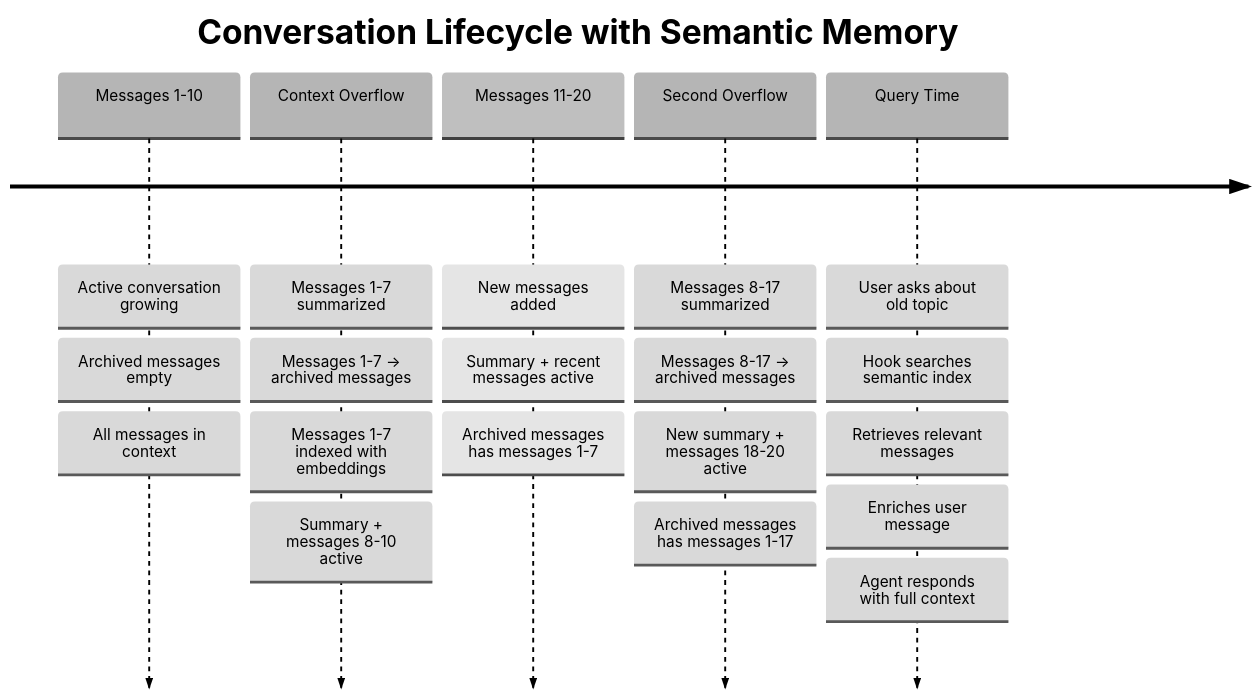
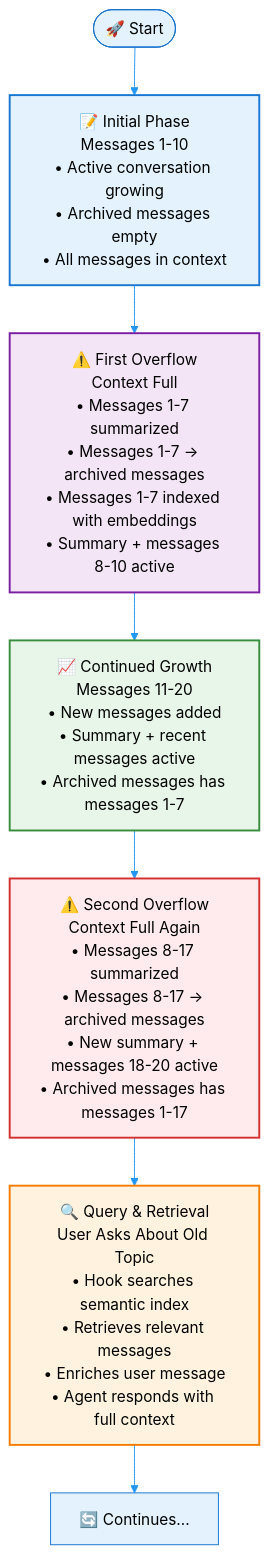
Before and after one commit to danilop/strands-agents-semantic-summarizing-conversation-manager: the third of 5 diagrams in README.md, drawn with Mermaid.

Commit message:
Replace timeline with colorful flowchart for conversation lifecycle
- Transform grey timeline into vibrant top-down flowchart
- Maintain all comprehensive information about each phase
- Use consistent 5-color palette matching other diagrams
- Clear progression from initial messages through overflows to retrieval
- Better visual clarity with emojis and color-coded phases

````diff
--- a/README.md
+++ b/README.md
@@ -253,29 +253,30 @@
 ```mermaid
-%%{init: {"theme": "base", "themeVariables": {"primaryColor": "#F5F5F5", "primaryTextColor": "#000", "primaryBorderColor": "#9E9E9E", "lineColor": "#2196F3", "git0": "#66BB6A", "git1": "#FFB74D", "git2": "#64B5F6", "git3": "#BA68C8", "git4": "#4DD0E1", "gitInv0": "#000", "gitInv1": "#000", "gitInv2": "#000", "gitInv3": "#000", "gitInv4": "#000"}}}%%
-timeline
-    title Conversation Lifecycle with Semantic Memory
+%%{init: {"theme": "base", "themeVariables": {"primaryColor": "#E3F2FD", "primaryTextColor": "#000", "primaryBorderColor": "#1976D2", "lineColor": "#2196F3", "secondaryColor": "#F3E5F5", "tertiaryColor": "#E8F5E9", "background": "#FFFFFF", "edgeLabelBackground": "#FFFFFF"}}}%%
+graph TD
+    %% Define styles for each phase
+    classDef initialPhase fill:#E3F2FD,stroke:#1976D2,stroke-width:2px,color:#000
+    classDef overflowPhase fill:#F3E5F5,stroke:#7B1FA2,stroke-width:2px,color:#000
+    classDef growthPhase fill:#E8F5E9,stroke:#388E3C,stroke-width:2px,color:#000
+    classDef queryPhase fill:#FFF3E0,stroke:#F57C00,stroke-width:2px,color:#000
+    classDef continuePhase fill:#FFEBEE,stroke:#D32F2F,stroke-width:2px,color:#000
 
-    Messages 1-10 : Active conversation growing
-                  : Archived messages empty
-                  : All messages in context
+    %% Timeline Flow
+    Start([🚀 Start]) --> Phase1[📝 Initial Phase<br/>Messages 1-10<br/>• Active conversation growing<br/>• Archived messages empty<br/>• All messages in context]
 
-    Context Overflow : Messages 1-7 summarized
-                     : Messages 1-7 → archived messages
-                     : Messages 1-7 indexed with embeddings
-                     : Summary + messages 8-10 active
+    Phase1 --> Phase2[⚠️ First Overflow<br/>Context Full<br/>• Messages 1-7 summarized<br/>• Messages 1-7 → archived messages<br/>• Messages 1-7 indexed with embeddings<br/>• Summary + messages 8-10 active]
 
-    Messages 11-20 : New messages added
-                   : Summary + recent messages active
-                   : Archived messages has messages 1-7
+    Phase2 --> Phase3[📈 Continued Growth<br/>Messages 11-20<br/>• New messages added<br/>• Summary + recent messages active<br/>• Archived messages has messages 1-7]
 
-    Second Overflow : Messages 8-17 summarized
-                    : Messages 8-17 → archived messages
-                    : New summary + messages 18-20 active
-                    : Archived messages has messages 1-17
+    Phase3 --> Phase4[⚠️ Second Overflow<br/>Context Full Again<br/>• Messages 8-17 summarized<br/>• Messages 8-17 → archived messages<br/>• New summary + messages 18-20 active<br/>• Archived messages has messages 1-17]
 
-    Query Time : User asks about old topic
-               : Hook searches semantic index
-               : Retrieves relevant messages
-               : Enriches user message
-               : Agent responds with full context
+    Phase4 --> Phase5[🔍 Query & Retrieval<br/>User Asks About Old Topic<br/>• Hook searches semantic index<br/>• Retrieves relevant messages<br/>• Enriches user message<br/>• Agent responds with full context]
+
+    Phase5 --> Continue[🔄 Continues...]
+
+    %% Apply styles
+    class Phase1 initialPhase
+    class Phase2 overflowPhase
+    class Phase3 growthPhase
+    class Phase4 continuePhase
+    class Phase5 queryPhase
 ```
````
